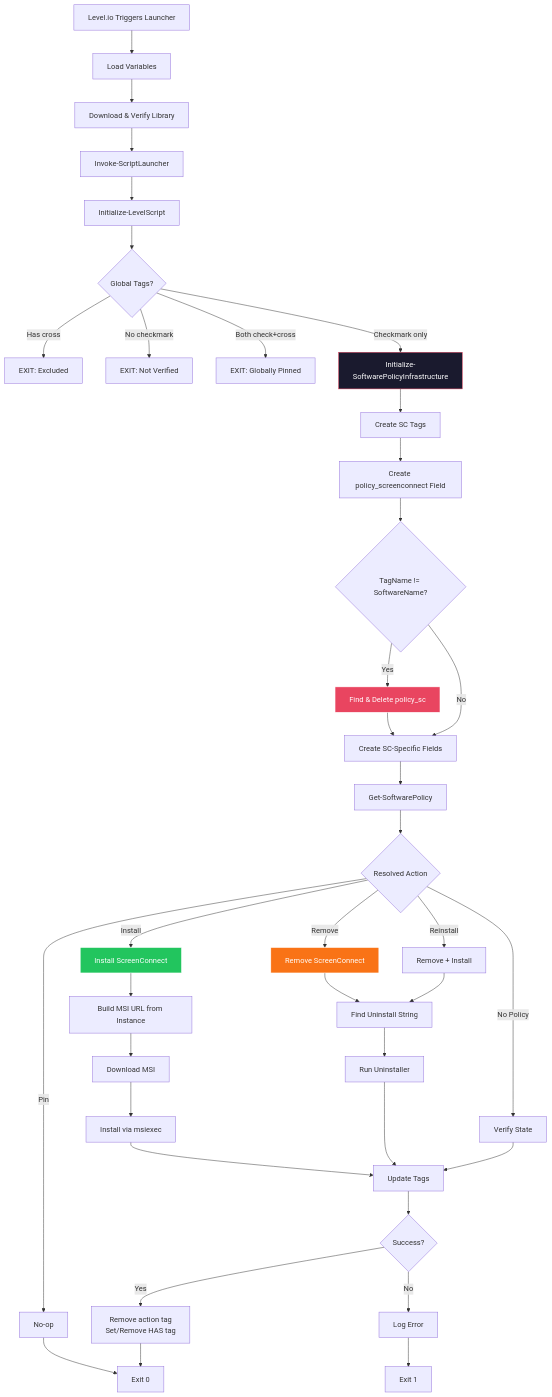
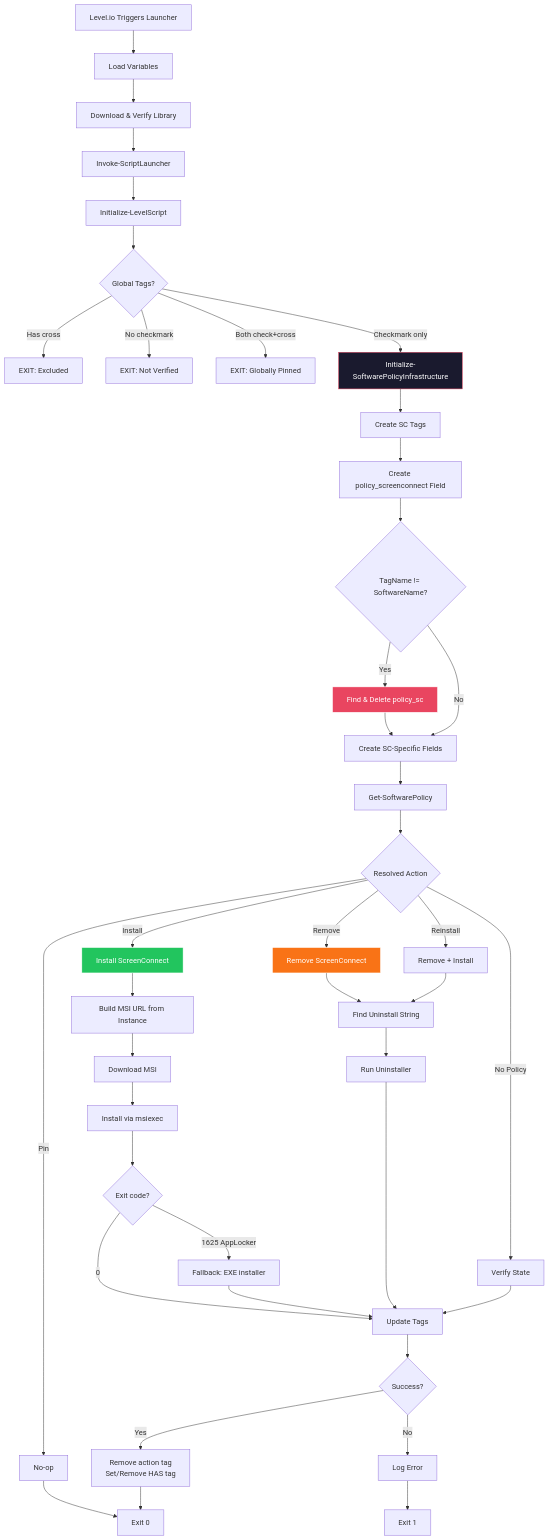
The first of 2 diagrams in docs/policy/ScreenConnect.md (coolnetworks/COOLForge), drawn with Mermaid before and after one commit. The commit also changed other lines of this file and 5 other files, not shown here.

````diff
--- a/docs/policy/ScreenConnect.md
+++ b/docs/policy/ScreenConnect.md
@@ -21,53 +21,56 @@
 ```mermaid
 flowchart TD
     A[Level.io Triggers Launcher] --> B[Load Variables]
     B --> C[Download & Verify Library]
     C --> D[Invoke-ScriptLauncher]
     D --> E[Initialize-LevelScript]
 
     E --> F{Global Tags?}
     F -->|"Has cross"| Z1[EXIT: Excluded]
     F -->|"No checkmark"| Z2[EXIT: Not Verified]
     F -->|"Both check+cross"| Z3[EXIT: Globally Pinned]
     F -->|"Checkmark only"| G
 
     G[Initialize-SoftwarePolicyInfrastructure] --> G1[Create SC Tags]
     G1 --> G2[Create policy_screenconnect Field]
     G2 --> G3{TagName != SoftwareName?}
     G3 -->|Yes| G4[Find & Delete policy_sc]
     G3 -->|No| G5
     G4 --> G5[Create SC-Specific Fields]
 
     G5 --> H[Get-SoftwarePolicy]
 
     H --> I{Resolved Action}
     I -->|Pin| J1[No-op]
     I -->|Install| J2[Install ScreenConnect]
     I -->|Remove| J3[Remove ScreenConnect]
     I -->|Reinstall| J4[Remove + Install]
     I -->|No Policy| J5[Verify State]
 
     J2 --> K[Build MSI URL from Instance]
     K --> K1[Download MSI]
     K1 --> K2[Install via msiexec]
-    K2 --> L
+    K2 --> K3{Exit code?}
+    K3 -->|0| L
+    K3 -->|1625 AppLocker| K4[Fallback: EXE installer]
+    K4 --> L
 
     J3 --> M[Find Uninstall String]
     M --> M1[Run Uninstaller]
     M1 --> L
 
     J4 --> M
     J5 --> L
 
     L[Update Tags] --> N{Success?}
     N -->|Yes| N1["Remove action tag<br/>Set/Remove HAS tag"]
     N -->|No| N2[Log Error]
     N1 --> O[Exit 0]
     N2 --> P[Exit 1]
     J1 --> O
 
     style G fill:#1a1a2e,stroke:#e94560,color:#fff
     style G4 fill:#e94560,stroke:#fff,color:#fff
     style J2 fill:#22c55e,stroke:#fff,color:#fff
     style J3 fill:#f97316,stroke:#fff,color:#fff
 ```
````
